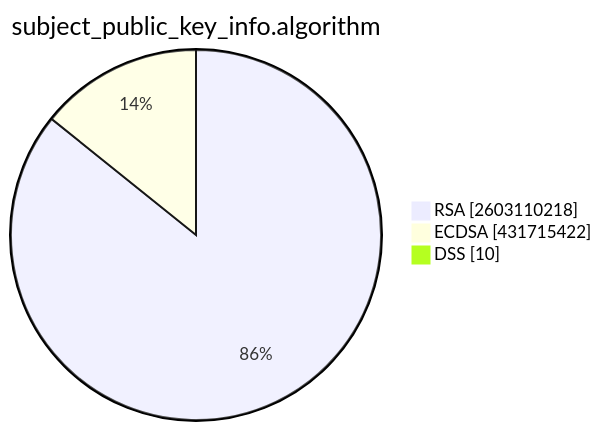
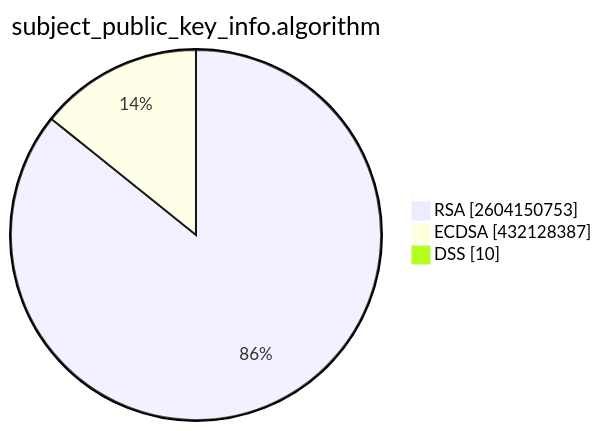
The second of 15 diagrams in TOTAL/README.md (christiankrug/ctmonitor_visualization), drawn with Mermaid before and after one commit. The commit also changed other lines of this file, not shown here.

````diff
--- a/TOTAL/README.md
+++ b/TOTAL/README.md
@@ -6,7 +6,7 @@
 ```mermaid
 pie showData
 title subject_public_key_info.algorithm
-"RSA" :2603110218
-"ECDSA" :431715422
+"RSA" :2604150753
+"ECDSA" :432128387
 "DSS" :10
 ```
````
